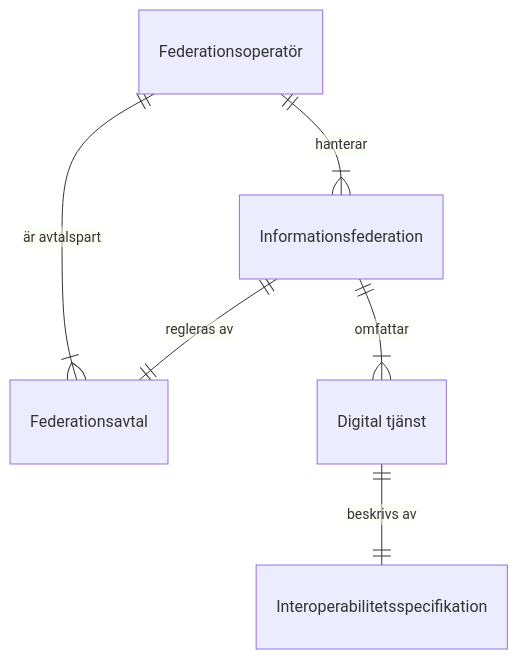
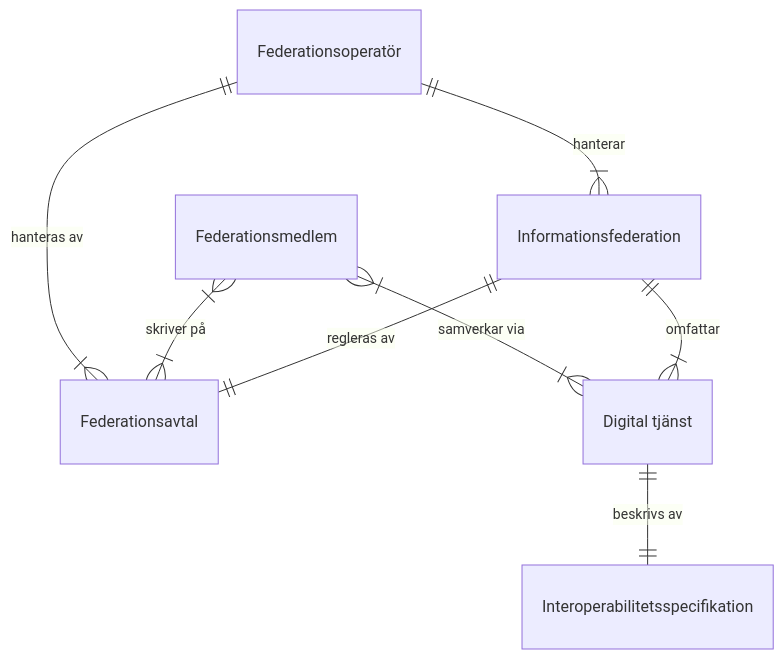
The diagram in TargetArchitecture_Overview.mmd (anders-malmros-inera/t2mmd), drawn with Mermaid before and after one commit. The commit also changed 1 other file, not shown here.

```diff
--- a/TargetArchitecture_Overview.mmd
+++ b/TargetArchitecture_Overview.mmd
@@ -1,7 +1,8 @@
-erDiagram
-
+erDiagram 
 "Federationsoperatör" ||--|{ "Informationsfederation" : "hanterar"
 "Informationsfederation" ||--|| "Federationsavtal" : "regleras av"
-"Federationsavtal" }|--|| "Federationsoperatör" : "är avtalspart"
+"Federationsavtal" }|--|| "Federationsoperatör" : "hanteras av"
 "Informationsfederation" ||--|{ "Digital tjänst" : "omfattar"
+"Federationsmedlem" }|--|{ "Federationsavtal" : "skriver på"
 "Digital tjänst" ||--|| "Interoperabilitetsspecifikation" : "beskrivs av"
+"Federationsmedlem" }|--|{ "Digital tjänst" : "samverkar via"
```
